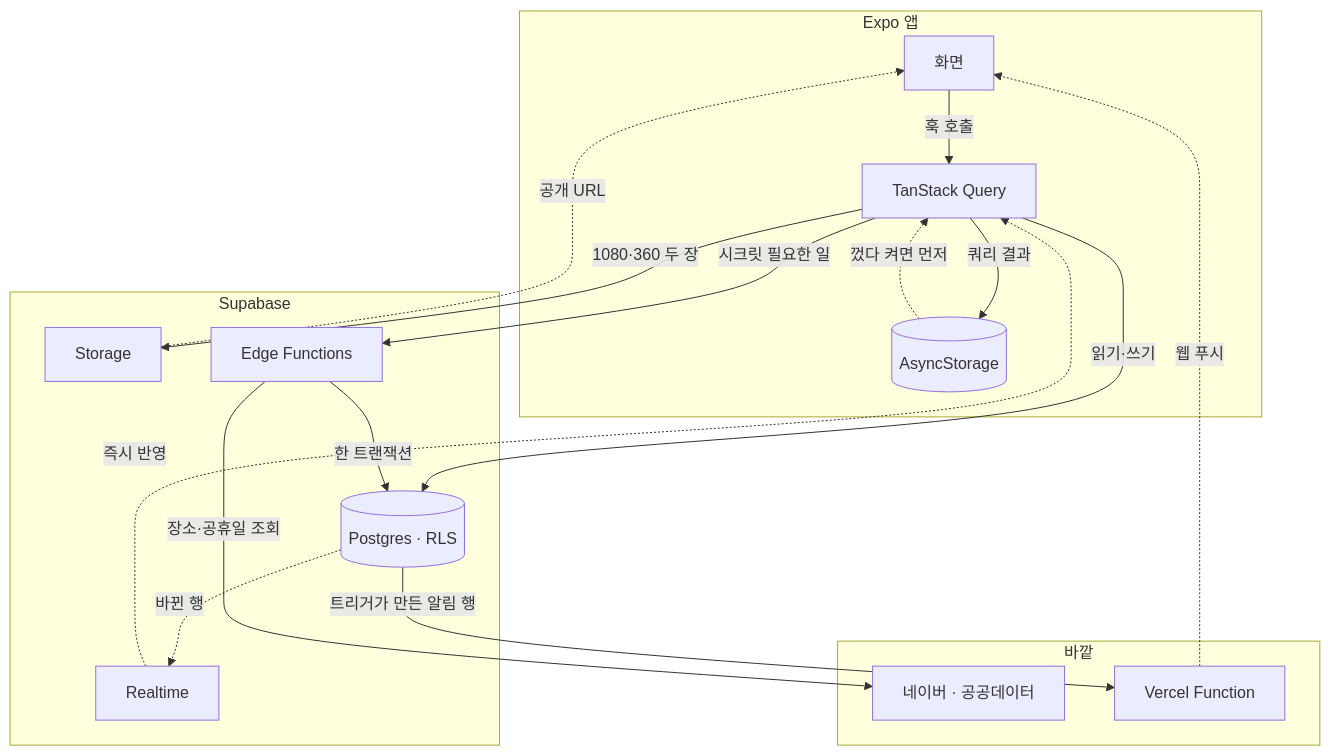
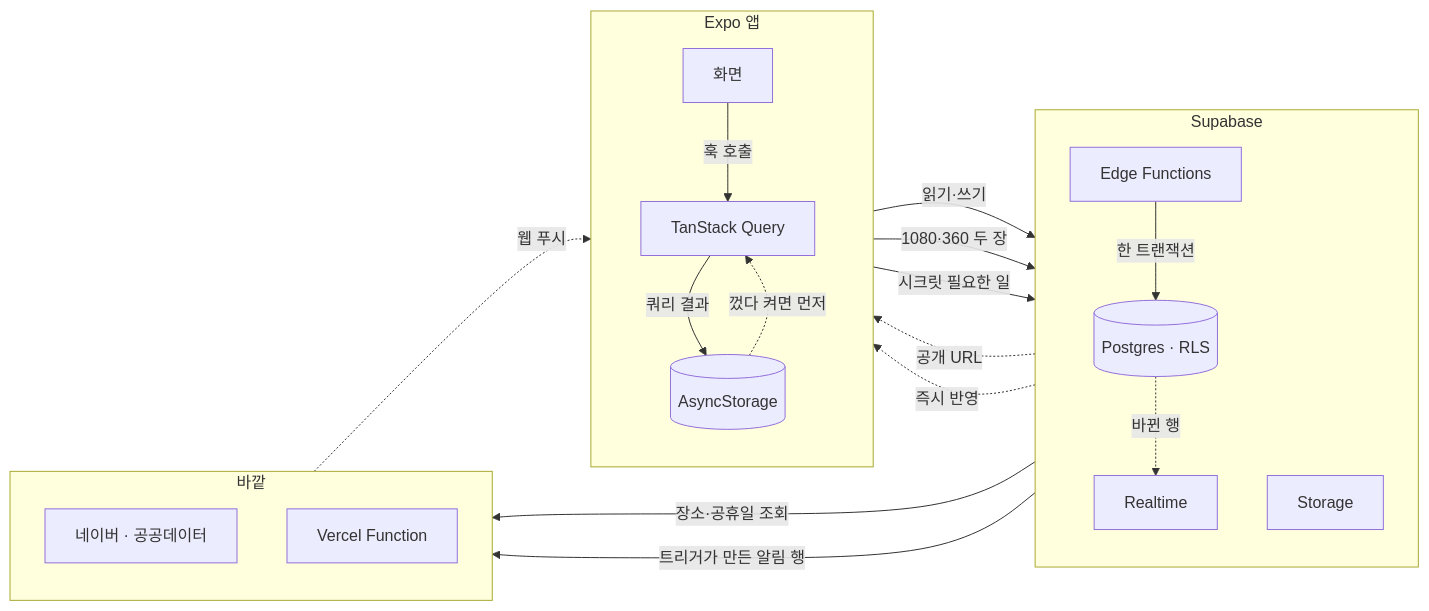
One commit to P0it/dev-blog changed the diagram in projects/dodori/portfolio.md. Above: the diagram before and after it, drawn with Mermaid. The commit also changed other lines of this file and 4 other files, not shown here.

First line of the commit message:
lab: 구조도를 본문 폭 밴드로 키우고 확대 보기를 붙임 / 규약: 영어 부사 직역 금지

````diff
--- a/projects/dodori/portfolio.md
+++ b/projects/dodori/portfolio.md
@@ -258,31 +258,34 @@
 ```mermaid
-flowchart TD
+flowchart LR
   subgraph 앱[Expo 앱]
+    direction TB
     UI[화면]
     Q[TanStack Query]
     AS[(AsyncStorage)]
   end
   subgraph 백[Supabase]
+    direction TB
     DB[(Postgres · RLS)]
     ST[Storage]
     EF[Edge Functions]
     RT[Realtime]
   end
   subgraph 밖[바깥]
+    direction TB
     EXT[네이버 · 공공데이터]
     VF[Vercel Function]
   end
   UI -->|훅 호출| Q
   Q -->|쿼리 결과| AS
   AS -.->|껐다 켜면 먼저| Q
   Q -->|읽기·쓰기| DB
   Q -->|1080·360 두 장| ST
   Q -->|시크릿 필요한 일| EF
   ST -.->|공개 URL| UI
   EF -->|한 트랜잭션| DB
   EF -->|장소·공휴일 조회| EXT
   DB -->|트리거가 만든 알림 행| VF
   VF -.->|웹 푸시| UI
   DB -.->|바뀐 행| RT
   RT -.->|즉시 반영| Q
 ```
````
